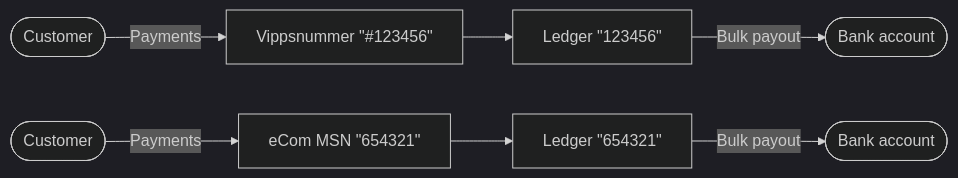
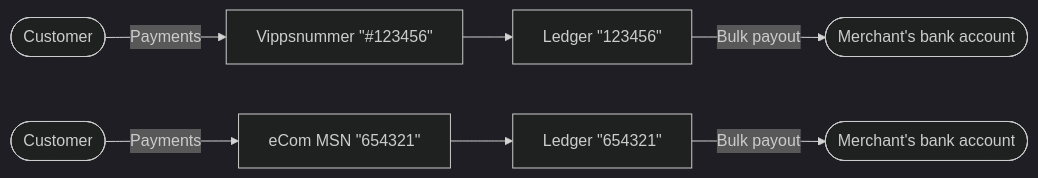
One commit to vippsas/vipps-report-api changed the first of 2 diagrams in api-guide/settlement.md. Above: the diagram before and after it, drawn with Mermaid (dark theme). The commit also changed other lines of this file, not shown here.

Commit message:
merchant bank account

````diff
--- a/api-guide/settlement.md
+++ b/api-guide/settlement.md
@@ -78,11 +78,11 @@
 ``` mermaid
 flowchart LR
     CustomerVN([Customer])
     CustomerLedger([Customer])
     CustomerVN-- Payments -->Vippsnummer["Vippsnummer #quot;#123456#quot;"]
     CustomerLedger-- Payments -->ecomMSN["eCom MSN #quot;654321#quot;"]
     Vippsnummer --> LedgerVN["Ledger #quot;123456#quot;"]
     ecomMSN --> LedgerMSN["Ledger #quot;654321#quot;"]
-    LedgerVN-- Bulk payout -->BankVN([Bank account])
-    LedgerMSN-- Bulk payout -->BankMSN([Bank account])
+    LedgerVN-- Bulk payout -->BankVN([Merchant's bank account])
+    LedgerMSN-- Bulk payout -->BankMSN([Merchant's bank account])
 ```
````
